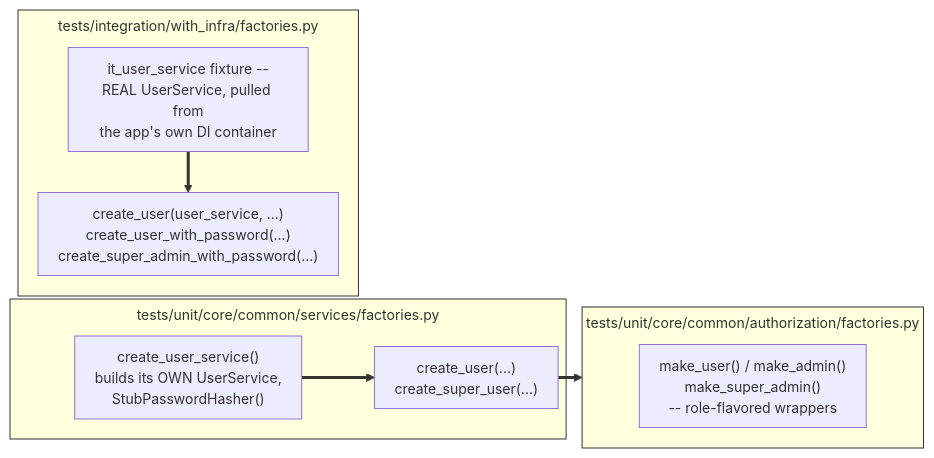
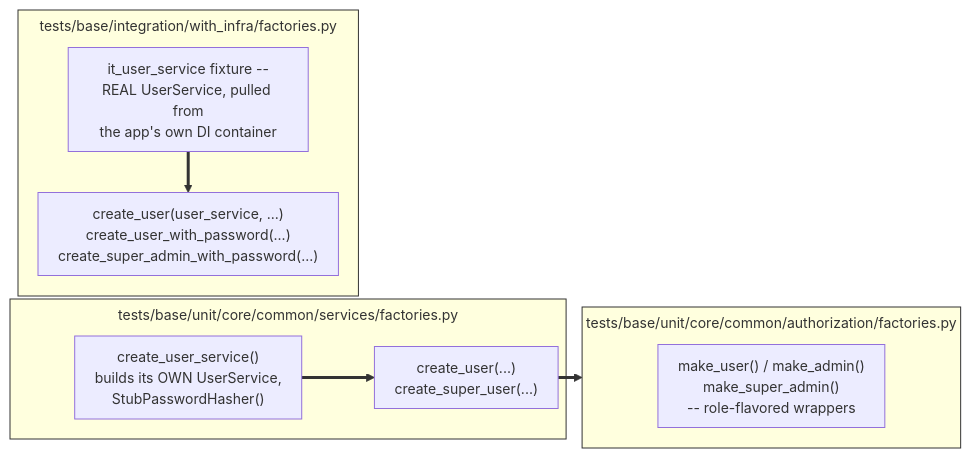
One commit to Kgotso-Koete/fastapi-clean-example changed the second of 2 diagrams in docs/wiki/content/testing/test-factories.md. Above: the diagram before and after it, drawn with Mermaid. The commit also changed other lines of this file and 1006 other files, not shown here.

````diff
--- a/docs/wiki/content/testing/test-factories.md
+++ b/docs/wiki/content/testing/test-factories.md
@@ -39,26 +39,26 @@
     ```mermaid
     %%{init: {"theme": "default", "themeVariables": {"fontSize": "14px"}, "flowchart": {"nodeSpacing": 20, "rankSpacing": 16, "padding": 10, "subGraphTitleMargin": {"top": 5, "bottom": 12}, "useMaxWidth": false}}}%%
     flowchart LR
-        subgraph unit["tests/unit/core/common/services/factories.py"]
+        subgraph unit["tests/base/unit/core/common/services/factories.py"]
             u_svc["create_user_service()<br/>builds its OWN UserService,<br/>StubPasswordHasher()"]
             u_create["create_user(...)<br/>create_super_user(...)"]
             u_svc --> u_create
         end
 
-        subgraph auth["tests/unit/core/common/authorization/factories.py"]
+        subgraph auth["tests/base/unit/core/common/authorization/factories.py"]
             a_wrap["make_user() / make_admin()<br/>make_super_admin()<br/>-- role-flavored wrappers"]
         end
 
-        subgraph infra["tests/integration/with_infra/factories.py"]
+        subgraph infra["tests/base/integration/with_infra/factories.py"]
             i_svc["it_user_service fixture --<br/>REAL UserService, pulled from<br/>the app's own DI container"]
             i_create["create_user(user_service, ...)<br/>create_user_with_password(...)<br/>create_super_admin_with_password(...)"]
             i_svc --> i_create
         end
 
         u_create --> auth
 
         linkStyle default stroke-width:3px,stroke:#333333
         style unit stroke-width:1px,stroke:#333333
         style auth stroke-width:1px,stroke:#333333
         style infra stroke-width:1px,stroke:#333333
     ```
````
